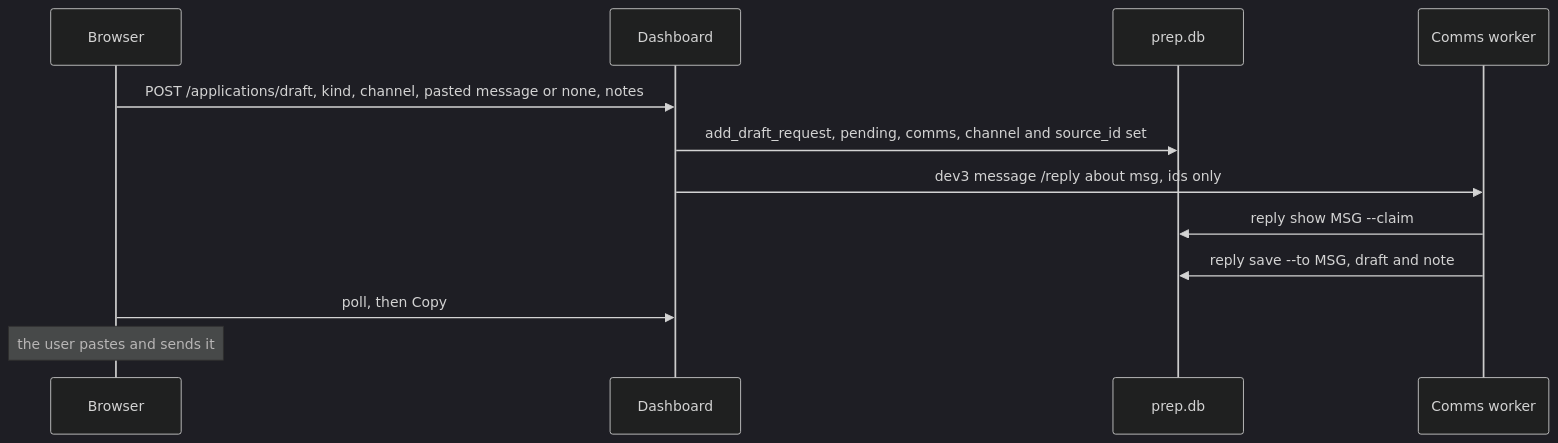
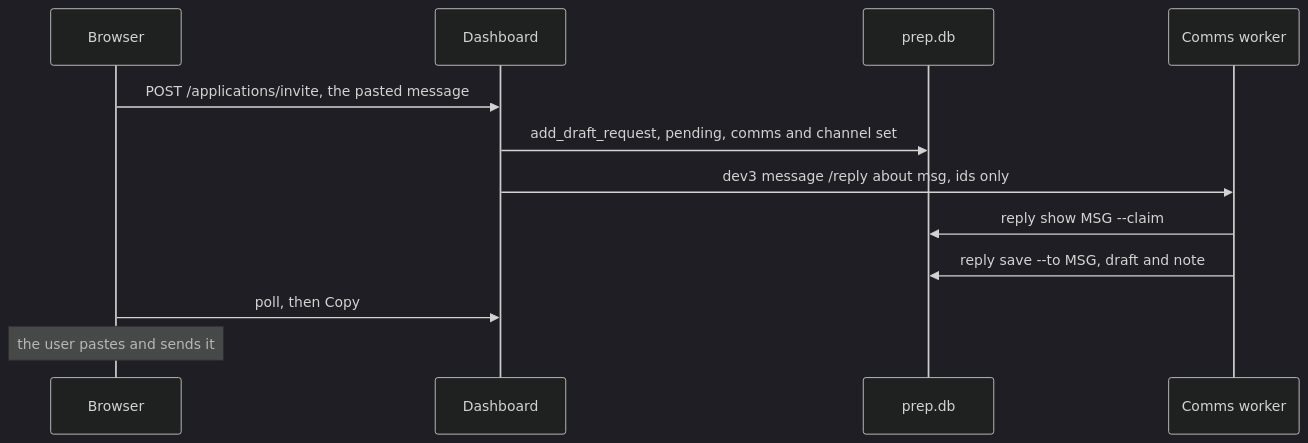
Before and after one commit to Pavlana/hirey: the third of 4 diagrams in docs/reference/assistants.md, drawn with Mermaid (dark theme). The commit also changed other lines of this file and 50 other files, not shown here.

````diff
--- a/docs/reference/assistants.md
+++ b/docs/reference/assistants.md
@@ -367,14 +367,14 @@
 ```mermaid
 sequenceDiagram
     participant U as Browser
     participant W as Dashboard
     participant DB as prep.db
     participant C as Comms worker
-    U->>W: POST /applications/draft, kind, channel, pasted message or none, notes
-    W->>DB: add_draft_request, pending, comms, channel and source_id set
+    U->>W: POST /applications/invite, the pasted message
+    W->>DB: add_draft_request, pending, comms and channel set
     W->>C: dev3 message /reply about msg, ids only
     C->>DB: reply show MSG --claim
     C->>DB: reply save --to MSG, draft and note
     U->>W: poll, then Copy
     Note over U: the user pastes and sends it
 ```
````
